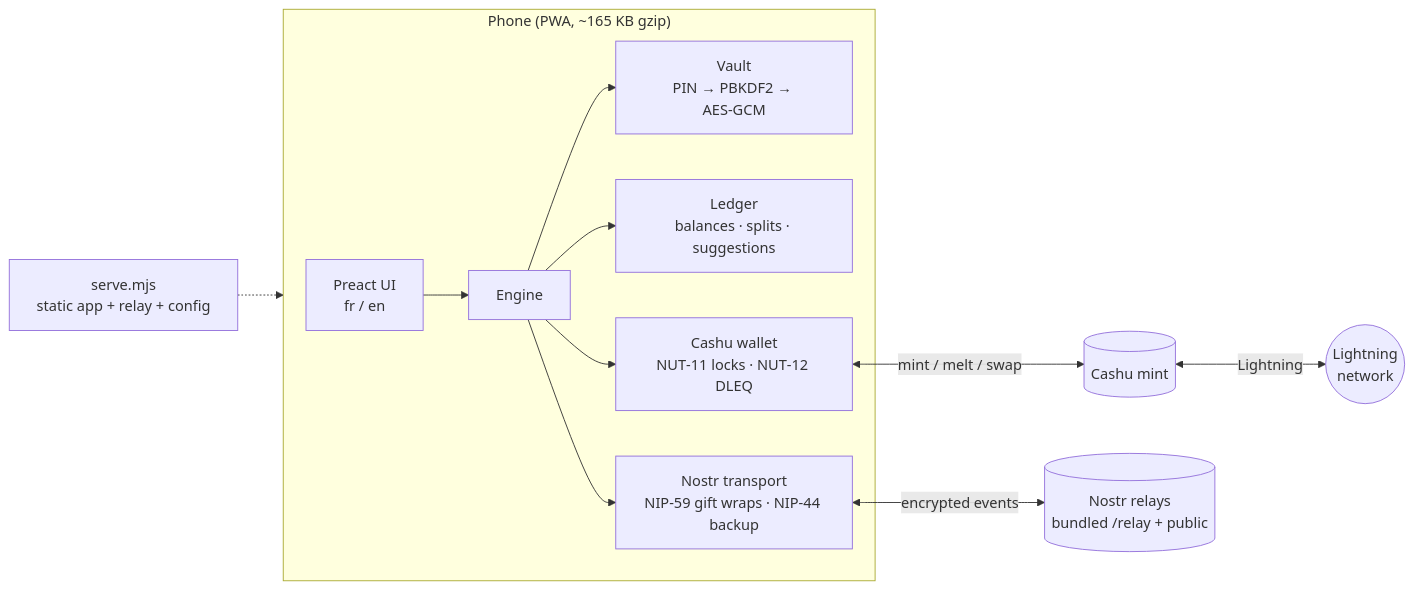
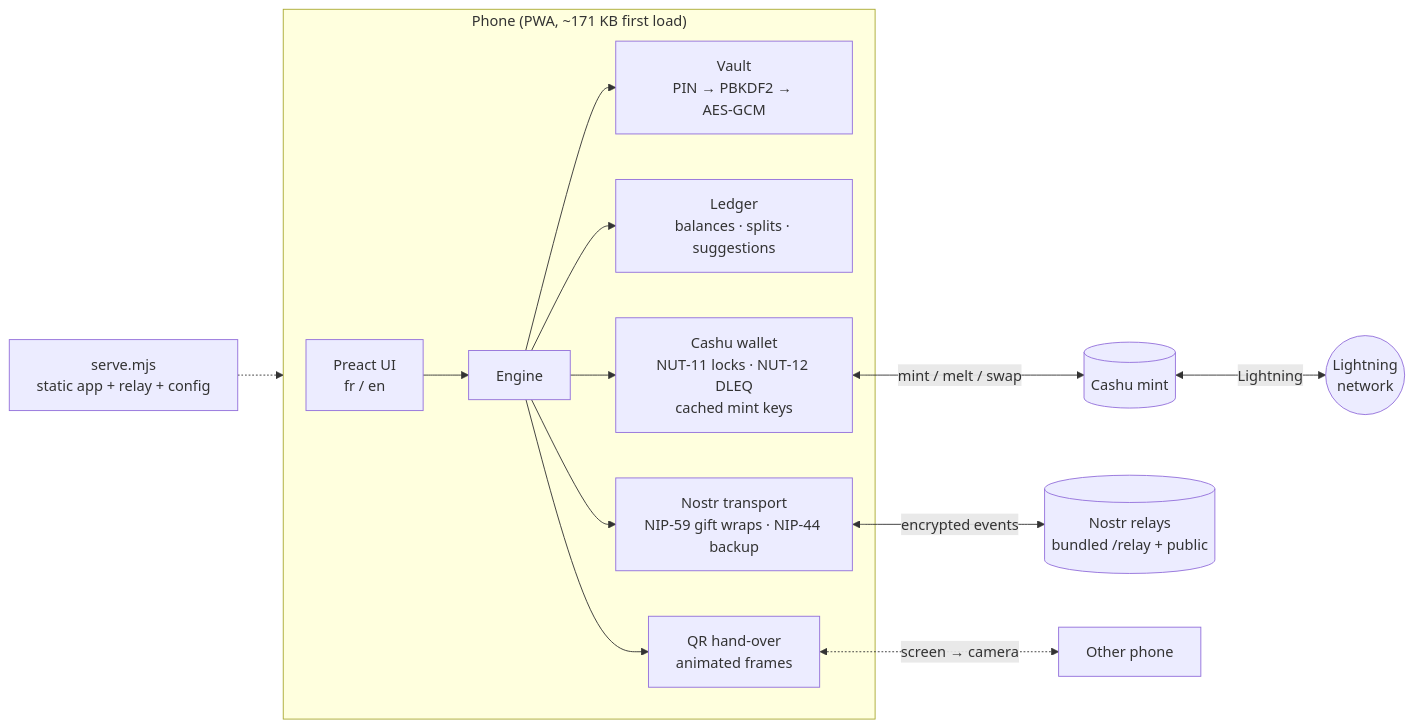
The first of 3 diagrams in README.md (ashank-crazy/kayit), drawn with Mermaid before and after one commit. The commit also changed other lines of this file and 26 other files, not shown here.

````diff
--- a/README.md
+++ b/README.md
@@ -105,14 +155,16 @@
 ```mermaid
 flowchart LR
-  subgraph Phone["Phone (PWA, ~165 KB gzip)"]
+  subgraph Phone["Phone (PWA, ~171 KB first load)"]
     UI["Preact UI<br/>fr / en"] --> Engine
     Engine --> Vault["Vault<br/>PIN → PBKDF2 → AES‑GCM"]
     Engine --> Ledger["Ledger<br/>balances · splits · suggestions"]
-    Engine --> Wallet["Cashu wallet<br/>NUT‑11 locks · NUT‑12 DLEQ"]
+    Engine --> Wallet["Cashu wallet<br/>NUT‑11 locks · NUT‑12 DLEQ<br/>cached mint keys"]
     Engine --> Transport["Nostr transport<br/>NIP‑59 gift wraps · NIP‑44 backup"]
+    Engine --> Air["QR hand‑over<br/>animated frames"]
   end
   Wallet <-->|"mint / melt / swap"| Mint[("Cashu mint")]
   Mint <-->|"Lightning"| LN(("Lightning<br/>network"))
   Transport <-->|"encrypted events"| Relays[("Nostr relays<br/>bundled /relay + public")]
+  Air <-.->|"screen → camera"| Other["Other phone"]
   Server["serve.mjs<br/>static app + relay + config"] -.-> Phone
 ```
````
